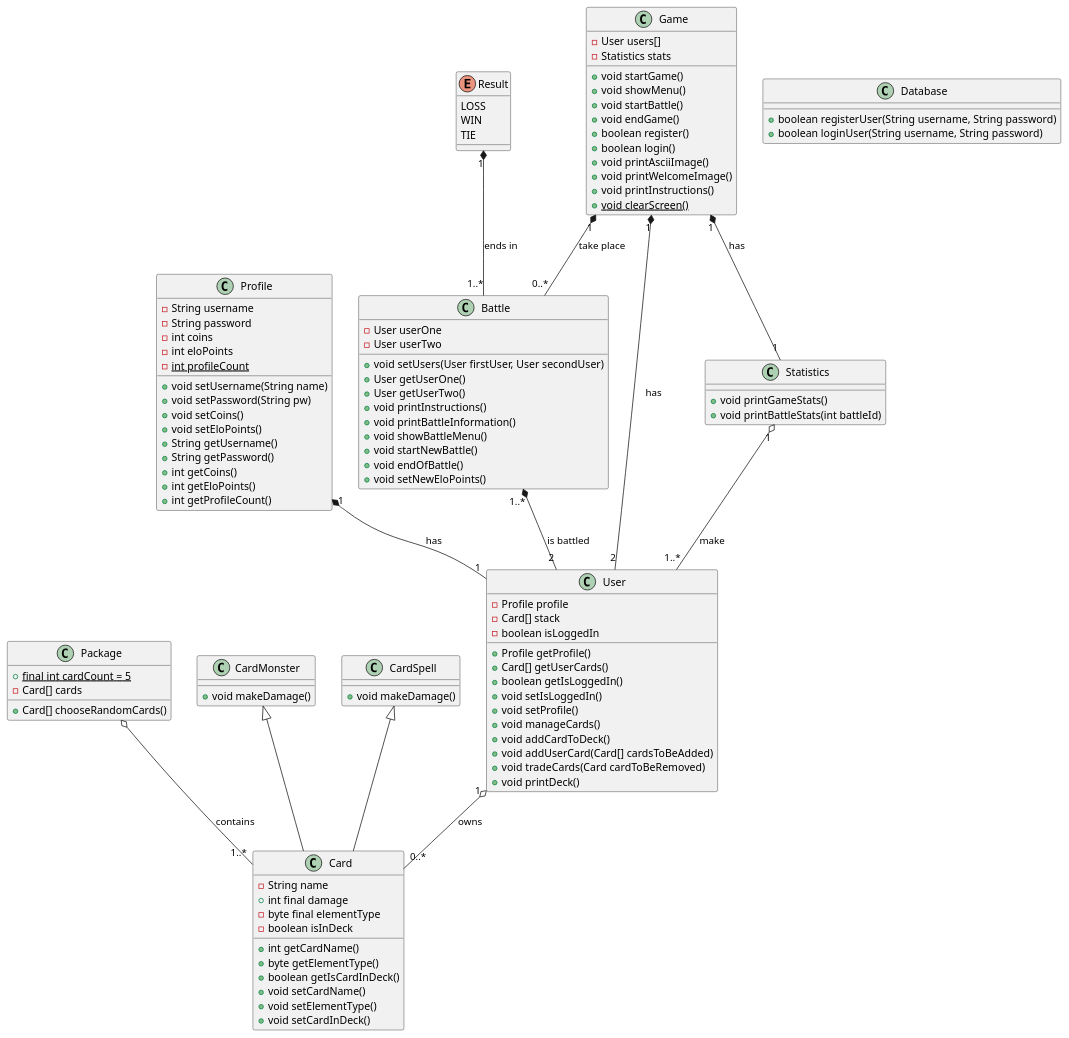
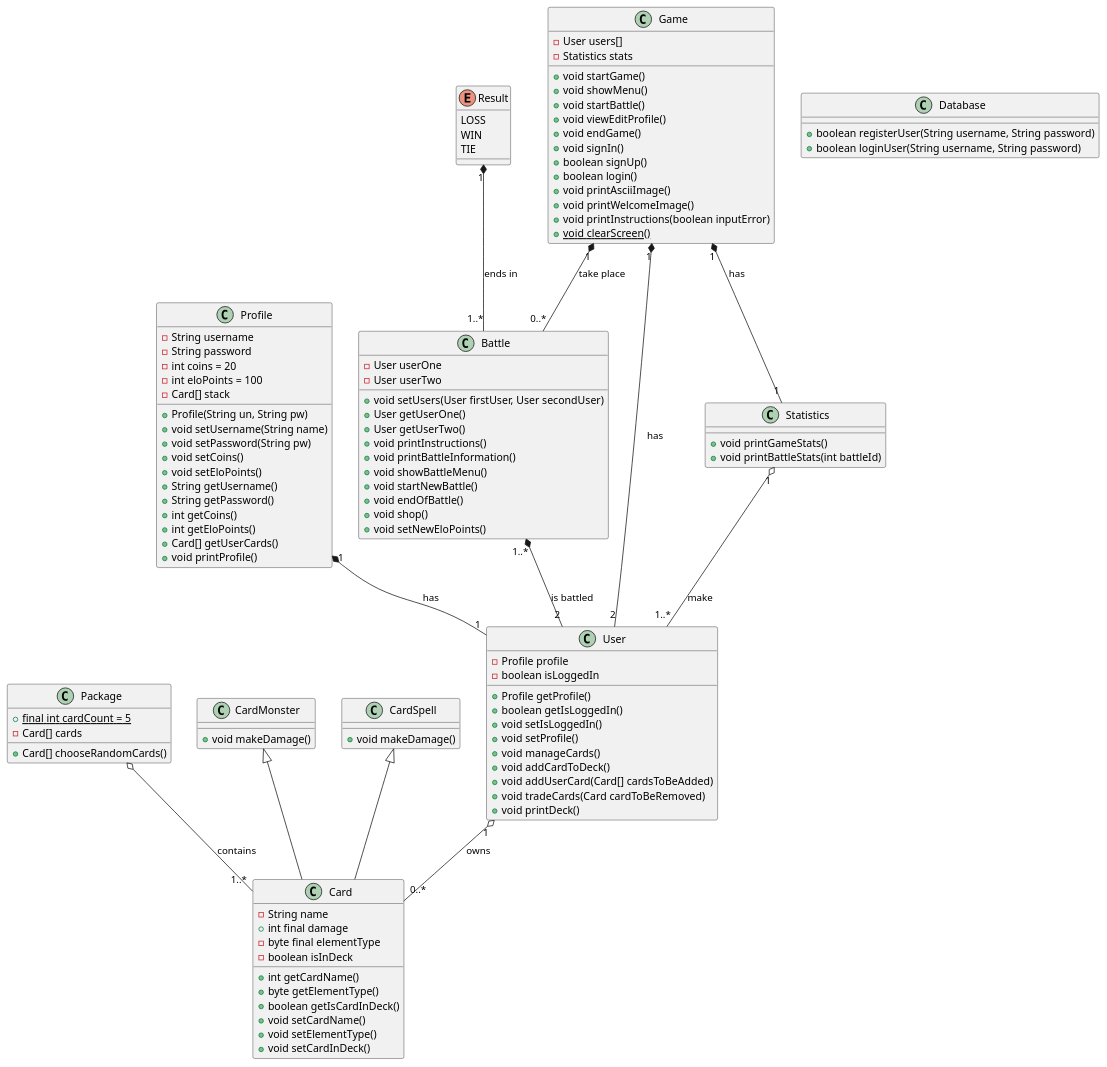
One commit to VladanPetkovic/SE_Semesterprojekt changed the diagram in src/main/java/projekt.puml. Above: the diagram before and after it, drawn with PlantUML. The commit also changed 12 other files, not shown here.

Commit message:
UML updated, main and battle menu are done

```diff
--- a/src/main/java/projekt.puml
+++ b/src/main/java/projekt.puml
@@ -1,119 +1,122 @@
 @startuml
 class User
 {
     -Profile profile
-    -Card[] stack
     -boolean isLoggedIn
     +Profile getProfile()
-    +Card[] getUserCards()
     +boolean getIsLoggedIn()
     +void setIsLoggedIn()
     +void setProfile()
     +void manageCards()
     +void addCardToDeck()
     +void addUserCard(Card[] cardsToBeAdded)
     +void tradeCards(Card cardToBeRemoved)
     +void printDeck()
 }
 class Profile
 {
     -String username
     -String password
-    -int coins
-    -int eloPoints
-    -{static} int profileCount
+    -int coins = 20
+    -int eloPoints = 100
+    -Card[] stack
+    +Profile(String un, String pw)
     +void setUsername(String name)
     +void setPassword(String pw)
     +void setCoins()
     +void setEloPoints()
     +String getUsername()
     +String getPassword()
     +int getCoins()
     +int getEloPoints()
-    +int getProfileCount()
+    +Card[] getUserCards()
+    +void printProfile()
 }
 enum Result
 {
     LOSS
     WIN
     TIE
 }
 class Package
 {
     +{static} final int cardCount = 5
     -Card[] cards
     +Card[] chooseRandomCards()
 }
 class Card
 {
     -String name
     +int final damage
     -byte final elementType
     -boolean isInDeck
     +int getCardName()
     +byte getElementType()
     +boolean getIsCardInDeck()
     +void setCardName()
     +void setElementType()
     +void setCardInDeck()
 }
 class CardMonster
 {
     +void makeDamage()
 }
 class CardSpell
 {
     +void makeDamage()
 }
 class Battle
 {
     -User userOne
     -User userTwo
     +void setUsers(User firstUser, User secondUser)
     +User getUserOne()
     +User getUserTwo()
     +void printInstructions()
     +void printBattleInformation()
     +void showBattleMenu()
     +void startNewBattle()
     +void endOfBattle()
+    +void shop()
     +void setNewEloPoints()
 }
 class Game
 {
     -User users[]
     -Statistics stats
     +void startGame()
     +void showMenu()
     +void startBattle()
+    +void viewEditProfile()
     +void endGame()
-    +boolean register()
+    +void signIn()
+    +boolean signUp()
     +boolean login()
     +void printAsciiImage()
     +void printWelcomeImage()
-    +void printInstructions()
+    +void printInstructions(boolean inputError)
     +{static} void clearScreen()
 }
 class Statistics
 {
     +void printGameStats()
     +void printBattleStats(int battleId)
 }
 class Database
 {
     +boolean registerUser(String username, String password)
     +boolean loginUser(String username, String password)
 }
 
 CardMonster <|-- Card
 CardSpell <|-- Card
 User "1" o-- "0..*" Card : "owns"
 Game "1" *-- "0..*" Battle : "take place"
 Game "1" *-- "1" Statistics : "has"
 Game "1" *-- "2" User : "has"
 Package o-- "1..*" Card : "contains"
 Battle "1..*" *-- "2" User : "is battled"
 Result "1" *-- "1..*" Battle : "ends in"
 Statistics "1" o-- "1..*" User : "make"
 Profile "1" *-- "1" User : "has"
 @enduml
```
